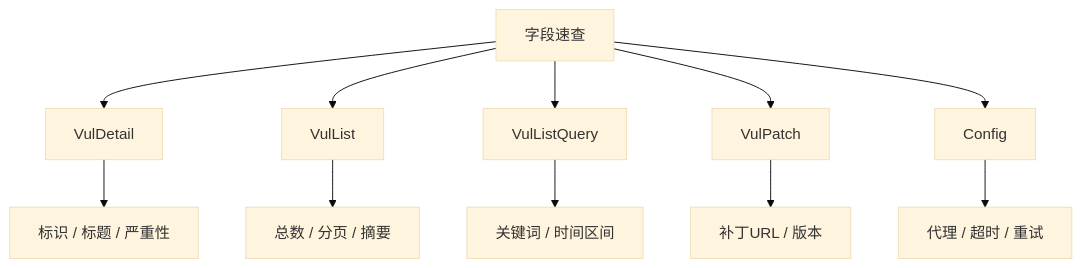
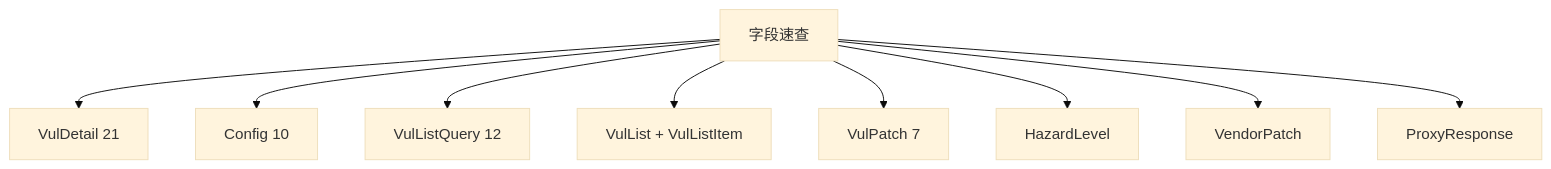
The diagram in website/docs/api-cnvd-skills/fields-reference.md (scagogogo/cnvd-skills), drawn with Mermaid (base theme) before and after one commit. The commit also changed other lines of this file and 59 other files, not shown here.

````diff
--- a/website/docs/api-cnvd-skills/fields-reference.md
+++ b/website/docs/api-cnvd-skills/fields-reference.md
@@ -13,13 +106,11 @@
 ```mermaid
 graph TD
-    F[字段速查] --> D[VulDetail]
-    F --> L[VulList]
-    F --> Q[VulListQuery]
-    F --> P[VulPatch]
-    F --> C[Config]
-    D --> D1[标识 / 标题 / 严重性]
-    L --> L1[总数 / 分页 / 摘要]
-    Q --> Q1[关键词 / 时间区间]
-    P --> P1[补丁URL / 版本]
-    C --> C1[代理 / 超时 / 重试]
+    R[字段速查] --> D[VulDetail 21]
+    R --> C[Config 10]
+    R --> Q[VulListQuery 12]
+    R --> L[VulList + VulListItem]
+    R --> P[VulPatch 7]
+    R --> H[HazardLevel]
+    R --> V[VendorPatch]
+    R --> PR[ProxyResponse]
 ```
````
